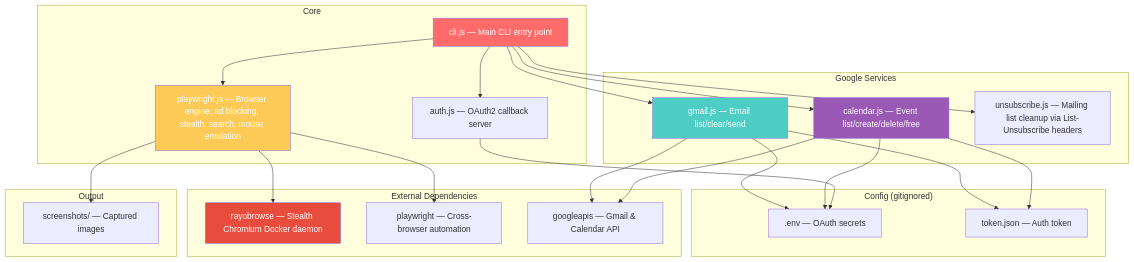
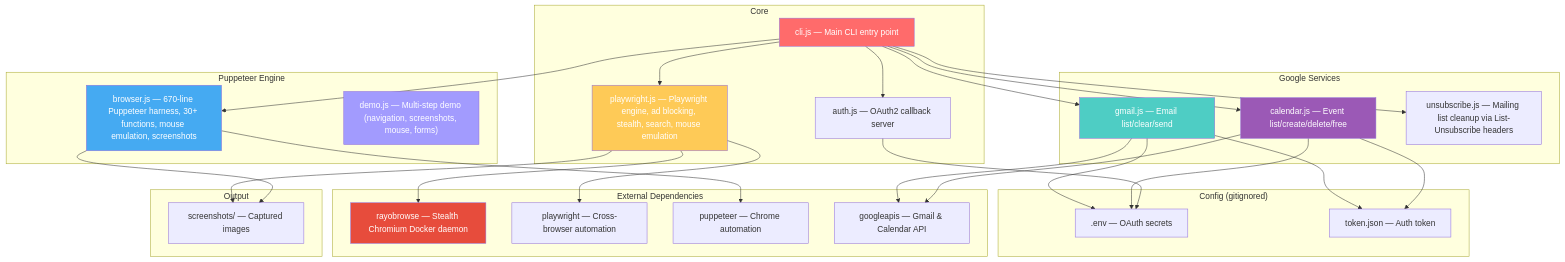
One commit to marceli1404/system-automation changed the sixth of 7 diagrams in README.md. Above: the diagram before and after it, drawn with Mermaid. The commit also changed other lines of this file, not shown here.

Commit message:
Update README: add Puppeteer engine section, dual-engine diagrams, Playwright vs Puppeteer comparison table

````diff
--- a/README.md
+++ b/README.md
@@ -414,51 +535,62 @@
 ```mermaid
 graph TD
     subgraph Config["Config (gitignored)"]
         ENV[".env — OAuth secrets"]
         TOKEN["token.json — Auth token"]
     end
 
     subgraph Core["Core"]
         CLI["cli.js — Main CLI entry point"]
-        PW["playwright.js — Browser engine, ad blocking, stealth, search, mouse emulation"]
+        PW["playwright.js — Playwright engine, ad blocking, stealth, search, mouse emulation"]
         AUTH["auth.js — OAuth2 callback server"]
+    end
+
+    subgraph Puppeteer["Puppeteer Engine"]
+        BROWSER["browser.js — 670-line Puppeteer harness, 30+ functions, mouse emulation, screenshots"]
+        DEMO["demo.js — Multi-step demo (navigation, screenshots, mouse, forms)"]
     end
 
     subgraph Services["Google Services"]
         GMAIL["gmail.js — Email list/clear/send"]
         CAL["calendar.js — Event list/create/delete/free"]
         UNSUB["unsubscribe.js — Mailing list cleanup via List-Unsubscribe headers"]
     end
 
     subgraph External["External Dependencies"]
         RAYO["rayobrowse — Stealth Chromium Docker daemon"]
         PW_LIB["playwright — Cross-browser automation"]
+        PUP["puppeteer — Chrome automation"]
         GAPI["googleapis — Gmail & Calendar API"]
     end
 
     subgraph Output["Output"]
         SS["screenshots/ — Captured images"]
     end
 
     CLI --> PW
+    CLI --> BROWSER
     CLI --> GMAIL
     CLI --> CAL
     CLI --> UNSUB
     CLI --> AUTH
     PW --> SS
     PW --> RAYO
     PW --> PW_LIB
+    BROWSER --> SS
+    BROWSER --> PUP
     GMAIL --> ENV
     GMAIL --> TOKEN
     GMAIL --> GAPI
     CAL --> ENV
     CAL --> TOKEN
     CAL --> GAPI
     AUTH --> ENV
 
     style CLI fill:#ff6b6b,color:white
     style PW fill:#feca57,color:white
+    style BROWSER fill:#45aaf2,color:white
     style GMAIL fill:#4ecdc4,color:white
     style CAL fill:#9b59b6,color:white
     style RAYO fill:#e74c3c,color:white
+    style DEMO fill:#a29bfe,color:white
 ```
````
